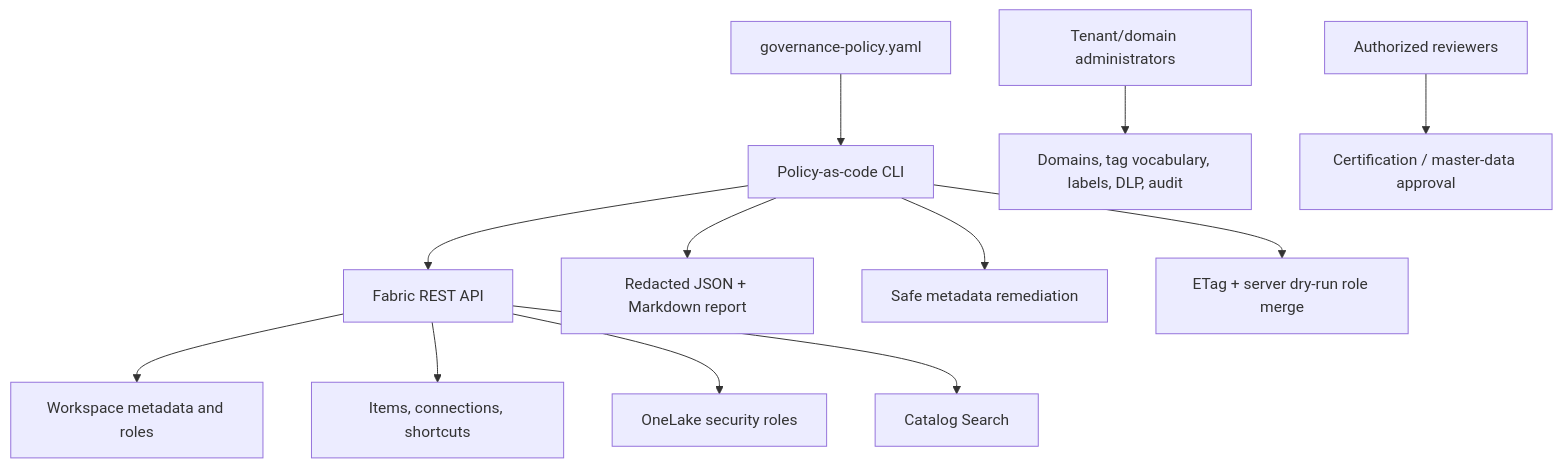
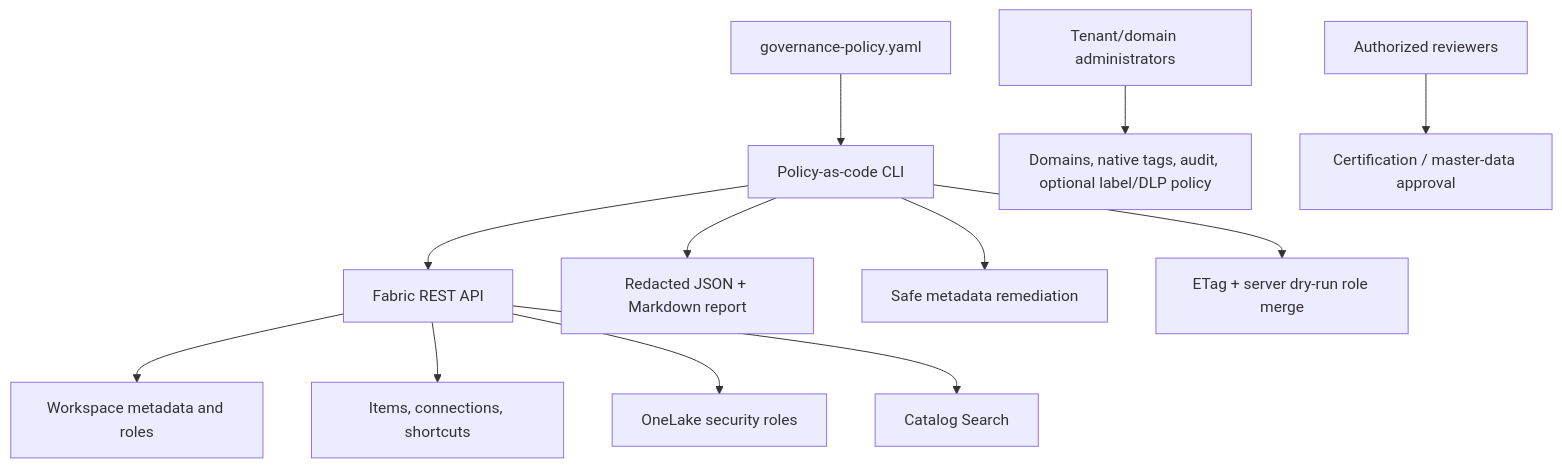
Before and after one commit to regshih/fabric-onelake-catalog-governance-poc: the diagram in docs/architecture.md, drawn with Mermaid. The commit also changed other lines of this file and 13 other files, not shown here.

````diff
--- a/docs/architecture.md
+++ b/docs/architecture.md
@@ -7,14 +7,14 @@
 ```mermaid
 flowchart TB
     CLI[Policy-as-code CLI] --> API[Fabric REST API]
     Y[governance-policy.yaml] --> CLI
     API --> W[Workspace metadata and roles]
     API --> I[Items, connections, shortcuts]
     API --> O[OneLake security roles]
     API --> K[Catalog Search]
     CLI --> R[Redacted JSON + Markdown report]
     CLI --> M[Safe metadata remediation]
     CLI --> E[ETag + server dry-run role merge]
-    T[Tenant/domain administrators] --> D[Domains, tag vocabulary, labels, DLP, audit]
+    T[Tenant/domain administrators] --> D[Domains, native tags, audit, optional label/DLP policy]
     H[Authorized reviewers] --> C[Certification / master-data approval]
 ```
````
